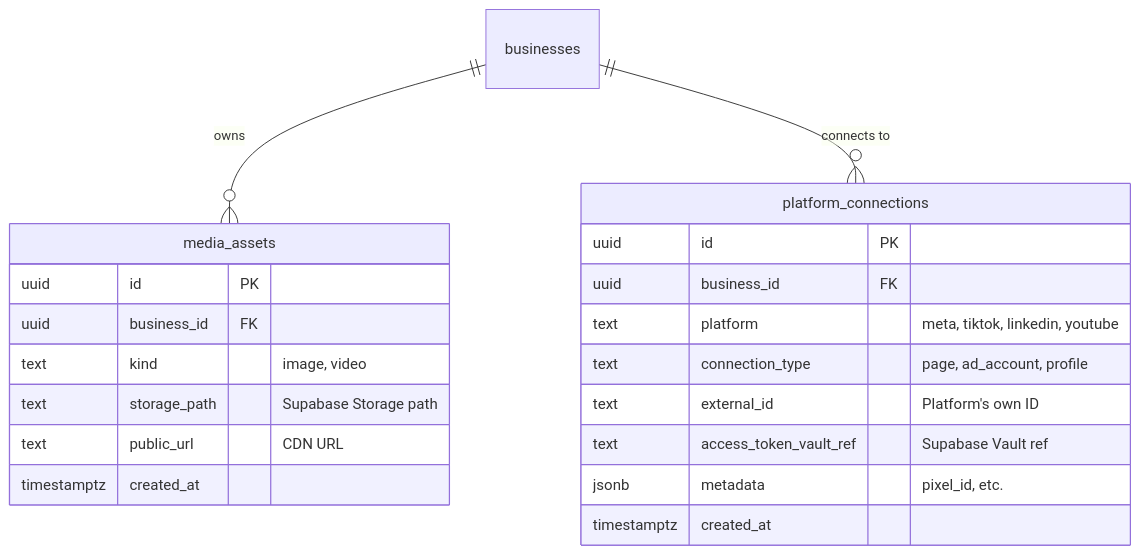
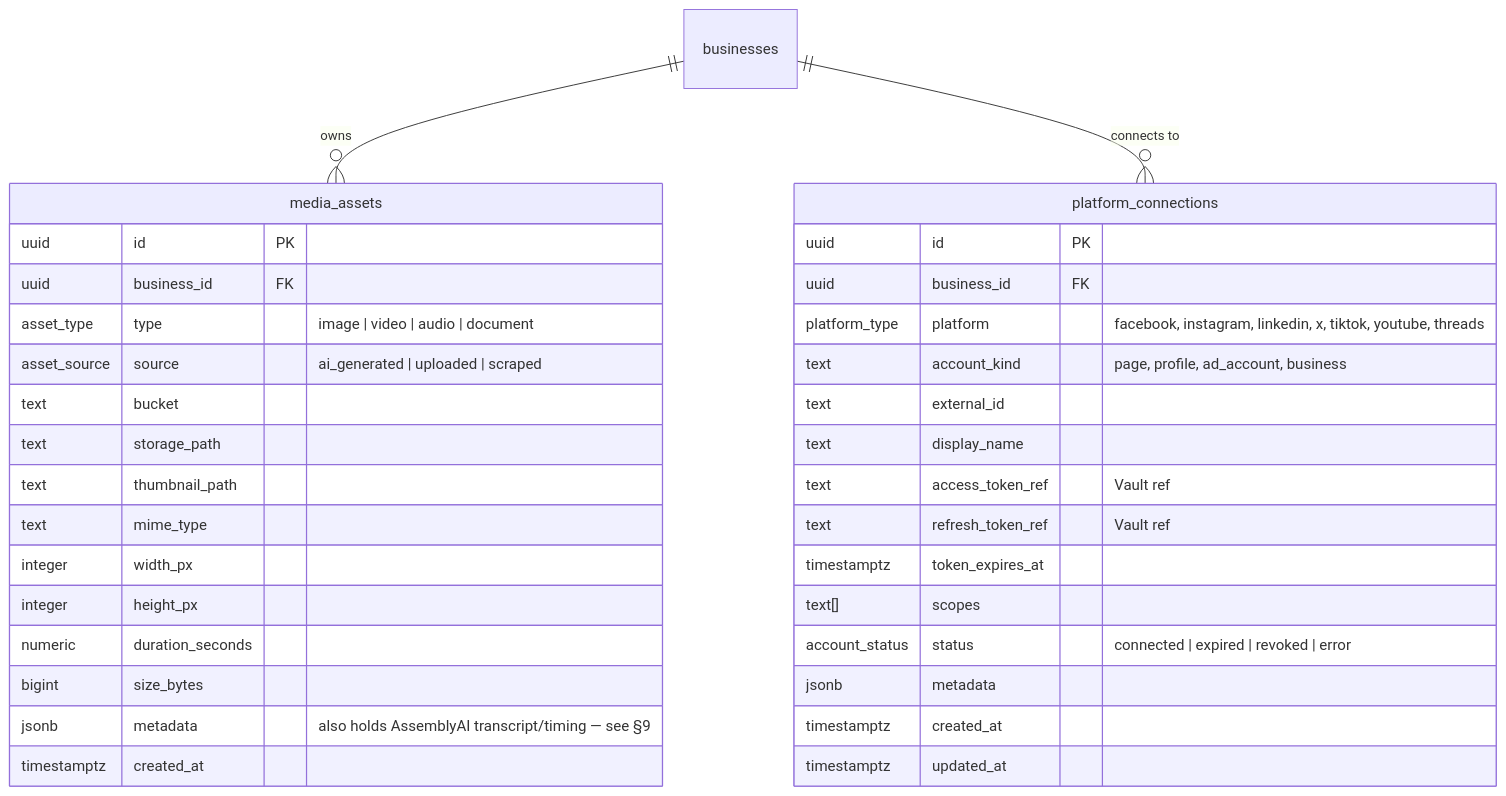
Before and after one commit to Aumatic-AI/Kinetix: the second of 7 diagrams in docs/architecture/database_schema.md, drawn with Mermaid. The commit also changed other lines of this file and 124 other files, not shown here.

````diff
--- a/docs/architecture/database_schema.md
+++ b/docs/architecture/database_schema.md
@@ -140,25 +83,39 @@
 ```mermaid
 erDiagram
     businesses ||--o{ media_assets : "owns"
     businesses ||--o{ platform_connections : "connects to"
 
     media_assets {
         uuid id PK
         uuid business_id FK
-        text kind "image, video"
-        text storage_path "Supabase Storage path"
-        text public_url "CDN URL"
+        asset_type type "image | video | audio | document"
+        asset_source source "ai_generated | uploaded | scraped"
+        text bucket
+        text storage_path
+        text thumbnail_path
+        text mime_type
+        integer width_px
+        integer height_px
+        numeric duration_seconds
+        bigint size_bytes
+        jsonb metadata "also holds AssemblyAI transcript/timing — see §9"
         timestamptz created_at
     }
 
     platform_connections {
         uuid id PK
         uuid business_id FK
-        text platform "meta, tiktok, linkedin, youtube"
-        text connection_type "page, ad_account, profile"
-        text external_id "Platform's own ID"
-        text access_token_vault_ref "Supabase Vault ref"
-        jsonb metadata "pixel_id, etc."
+        platform_type platform "facebook, instagram, linkedin, x, tiktok, youtube, threads"
+        text account_kind "page, profile, ad_account, business"
+        text external_id
+        text display_name
+        text access_token_ref "Vault ref"
+        text refresh_token_ref "Vault ref"
+        timestamptz token_expires_at
+        text[] scopes
+        account_status status "connected | expired | revoked | error"
+        jsonb metadata
         timestamptz created_at
+        timestamptz updated_at
     }
 ```
````
